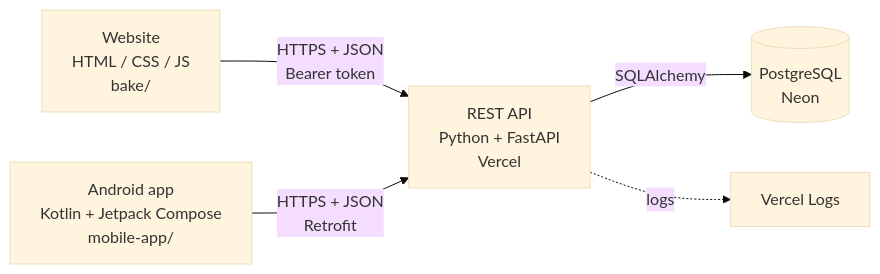
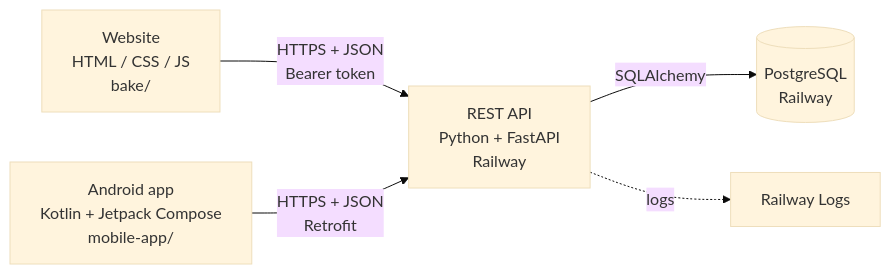
Before and after one commit to ElijahBopape/the-bakery-management-system: the diagram in README.md, drawn with Mermaid (base theme). The commit also changed other lines of this file and 9 other files, not shown here.

First line of the commit message:
fix(hosting): point the website and app at the Railway API; add final video link

````diff
--- a/README.md
+++ b/README.md
@@ -54,7 +54,7 @@
 ```mermaid
 flowchart LR
     W["Website<br/>HTML / CSS / JS<br/>bake/"] -- "HTTPS + JSON<br/>Bearer token" --> API
     A["Android app<br/>Kotlin + Jetpack Compose<br/>mobile-app/"] -- "HTTPS + JSON<br/>Retrofit" --> API
-    API["REST API<br/>Python + FastAPI<br/>Vercel"] -- SQLAlchemy --> DB[("PostgreSQL<br/>Neon")]
-    API -. logs .-> L["Vercel Logs"]
+    API["REST API<br/>Python + FastAPI<br/>Railway"] -- SQLAlchemy --> DB[("PostgreSQL<br/>Railway")]
+    API -. logs .-> L["Railway Logs"]
 ```
````
